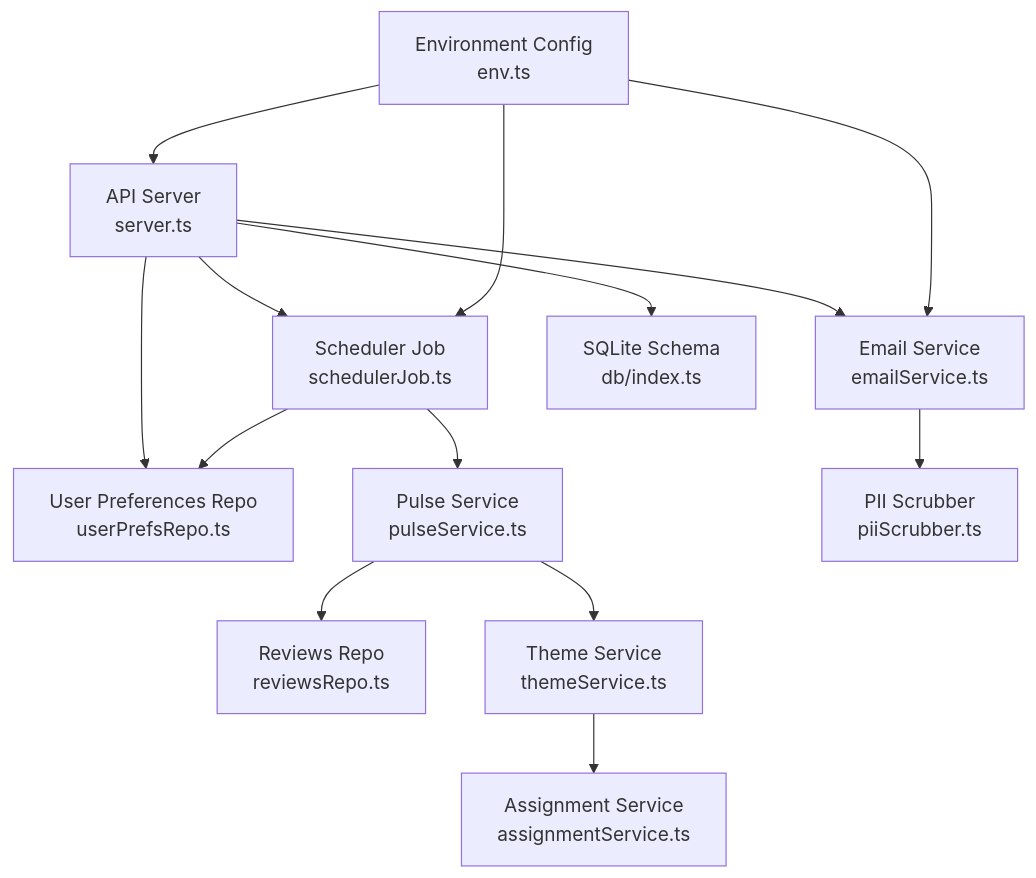
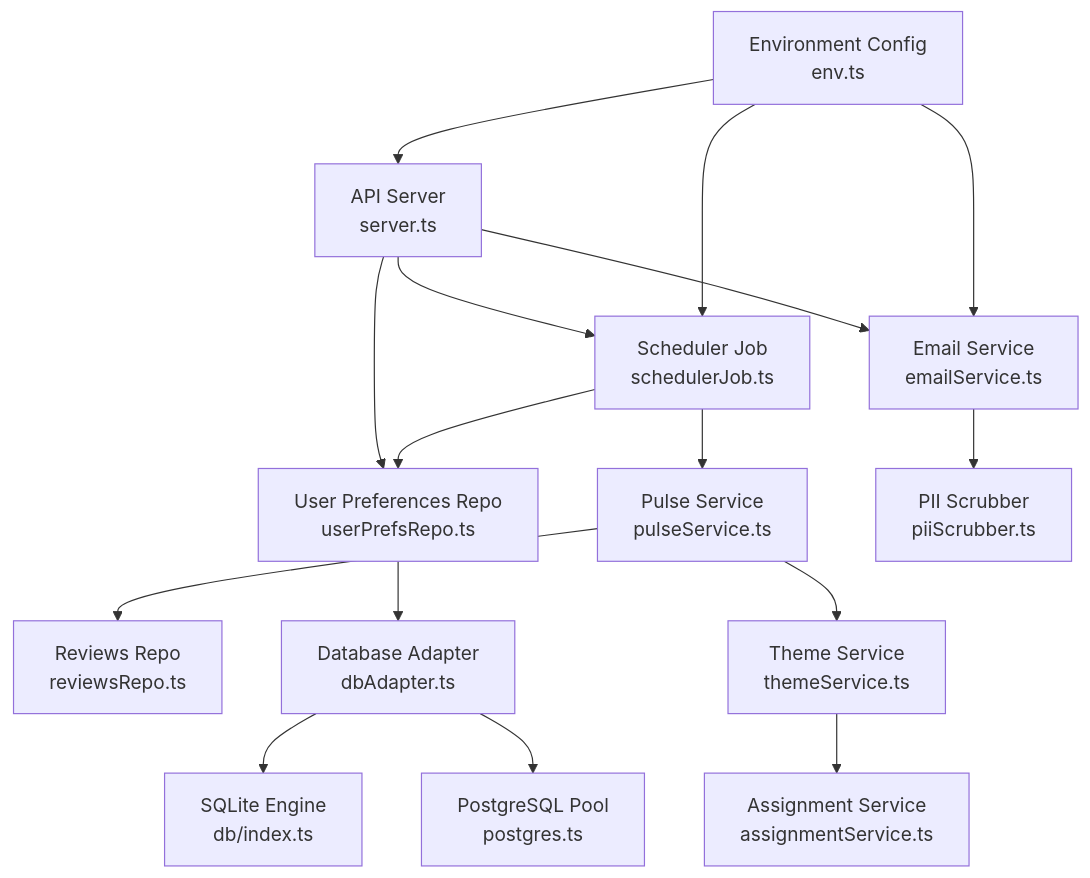
The first of 8 diagrams in .qoder/repowiki/en/content/Phase 2_ Advanced Analytics & Automation/User Preferences Management.md (aravinthraj-ramalingam/Groww-App-Review-Insights-Analyzer-), drawn with Mermaid before and after one commit. The commit also changed other lines of this file and 10 other files, not shown here.

````diff
--- a/.qoder/repowiki/en/content/Phase 2_ Advanced Analytics & Automation/User Preferences Management.md
+++ b/.qoder/repowiki/en/content/Phase 2_ Advanced Analytics & Automation/User Preferences Management.md
@@ -54,16 +57,18 @@
 ```mermaid
 graph TB
 API["API Server<br/>server.ts"] --> PrefRepo["User Preferences Repo<br/>userPrefsRepo.ts"]
 API --> EmailSvc["Email Service<br/>emailService.ts"]
 API --> Scheduler["Scheduler Job<br/>schedulerJob.ts"]
 Scheduler --> PrefRepo
 Scheduler --> PulseSvc["Pulse Service<br/>pulseService.ts"]
 PulseSvc --> ReviewsRepo["Reviews Repo<br/>reviewsRepo.ts"]
 PulseSvc --> ThemeSvc["Theme Service<br/>themeService.ts"]
 ThemeSvc --> AssignmentSvc["Assignment Service<br/>assignmentService.ts"]
 EmailSvc --> PiiScrub["PII Scrubber<br/>piiScrubber.ts"]
-API --> DB["SQLite Schema<br/>db/index.ts"]
+PrefRepo --> DBAdapter["Database Adapter<br/>dbAdapter.ts"]
+DBAdapter --> SQLite["SQLite Engine<br/>db/index.ts"]
+DBAdapter --> Postgres["PostgreSQL Pool<br/>postgres.ts"]
 Config["Environment Config<br/>env.ts"] --> API
 Config --> EmailSvc
 Config --> Scheduler
 ```
````
